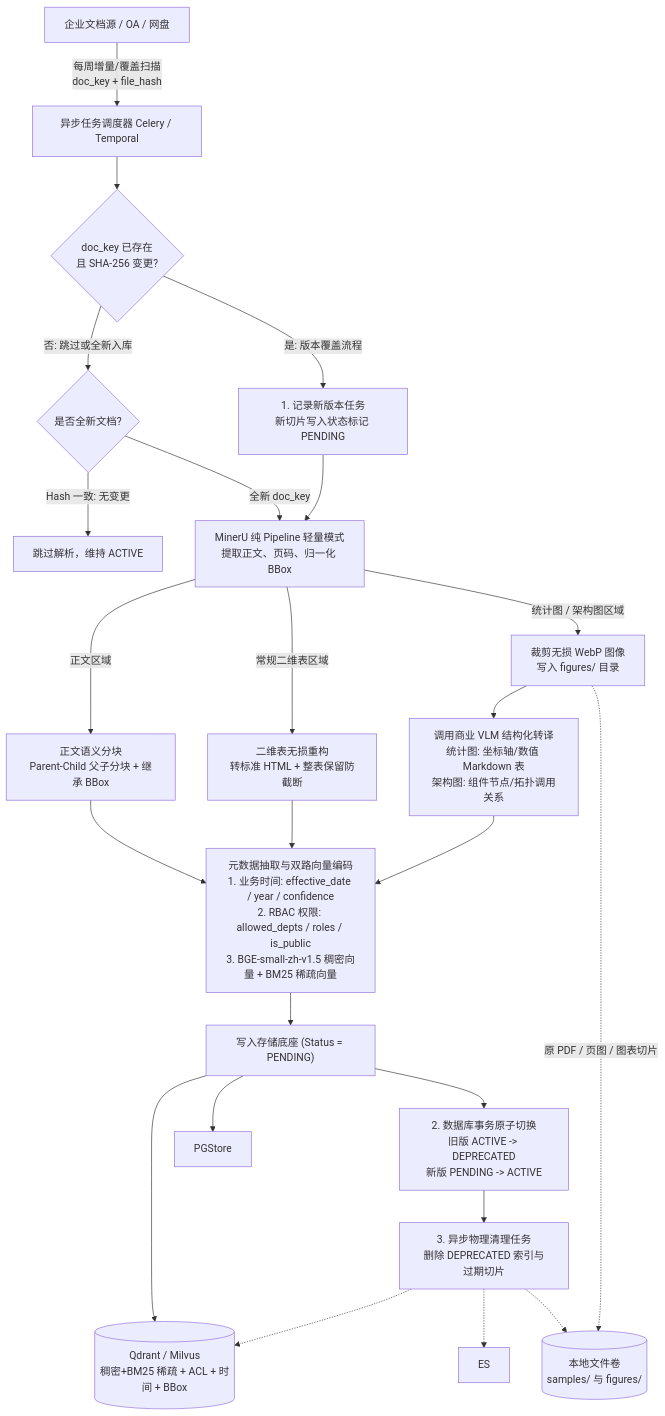
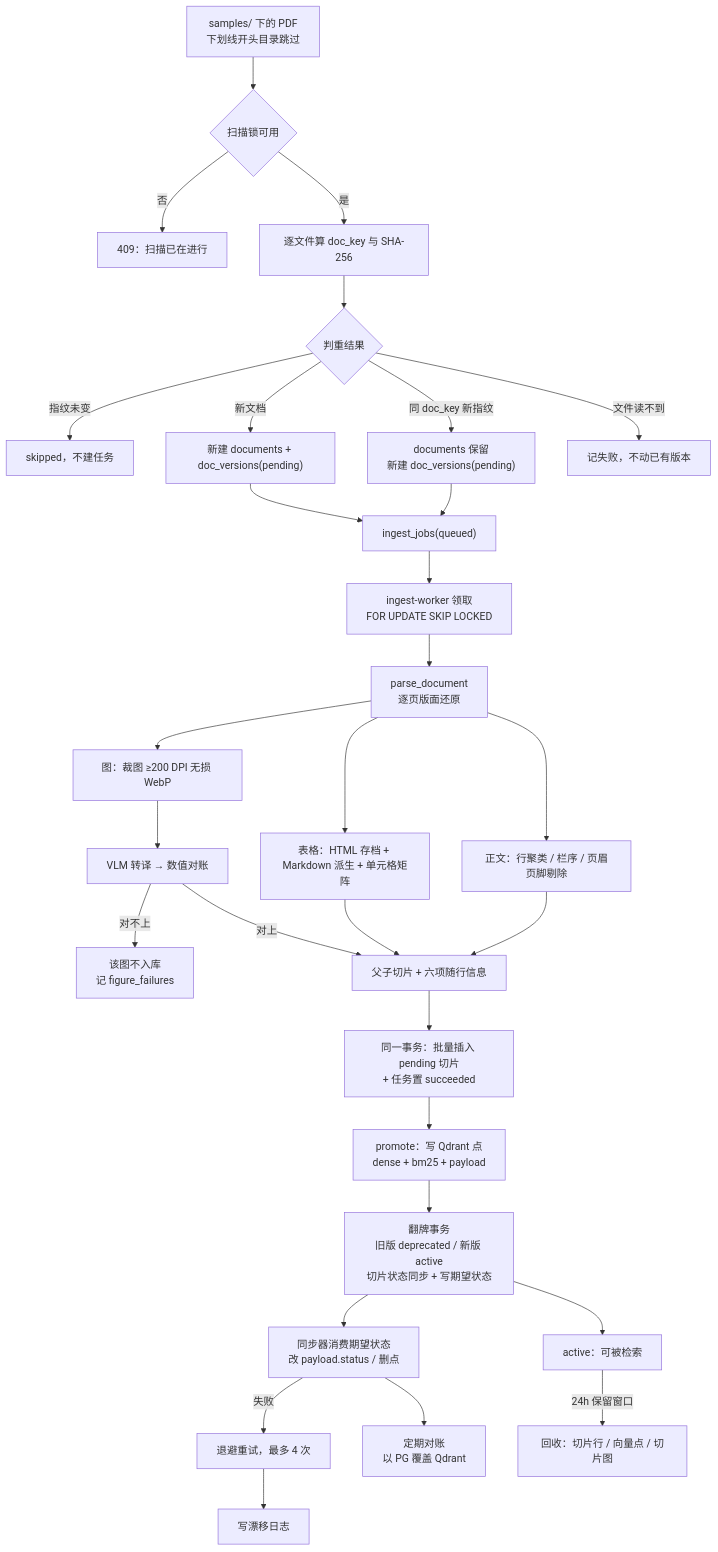
One commit to kvchen95/ai-rag changed the second of 8 diagrams in 架构图集.md. Above: the diagram before and after it, drawn with Mermaid. The commit also changed other lines of this file and 4 other files, not shown here.

First line of the commit message:
docs: 按当前实现重写架构图集、概要设计与详细设计

````diff
--- a/架构图集.md
+++ b/架构图集.md
@@ -102,34 +130,33 @@
 ```mermaid
 flowchart TD
-    Source["企业文档源 / OA / 网盘"] -->|"每周增量/覆盖扫描<br/>doc_key + file_hash"| Scheduler["异步任务调度器 Celery / Temporal"]
+    A["samples/ 下的 PDF<br/>下划线开头目录跳过"] --> B{"扫描锁可用"}
+    B -->|"否"| B409["409：扫描已在进行"]
+    B -->|"是"| C["逐文件算 doc_key 与 SHA-256"]
+    C --> D{"判重结果"}
+    D -->|"指纹未变"| SKIP["skipped，不建任务"]
+    D -->|"同 doc_key 新指纹"| NEWV["documents 保留<br/>新建 doc_versions(pending)"]
+    D -->|"新文档"| NEWD["新建 documents + doc_versions(pending)"]
+    D -->|"文件读不到"| FAIL["记失败，不动已有版本"]
 
-    Scheduler --> CheckHash{"doc_key 已存在<br/>且 SHA-256 变更?"}
-
-    CheckHash -->|"否: 跳过或全新入库"| CheckNew{"是否全新文档?"}
-    CheckNew -->|"Hash 一致: 无变更"| Skip["跳过解析，维持 ACTIVE"]
-    CheckNew -->|"全新 doc_key"| MinerU
-
-    CheckHash -->|"是: 版本覆盖流程"| VersionFlag["1. 记录新版本任务<br/>新切片写入状态标记 PENDING"]
-    VersionFlag --> MinerU["MinerU 纯 Pipeline 轻量模式<br/>提取正文、页码、归一化 BBox"]
-
-    MinerU -->|"正文区域"| TextSplit["正文语义分块<br/>Parent-Child 父子分块 + 继承 BBox"]
-    MinerU -->|"常规二维表区域"| TableParse["二维表无损重构<br/>转标准 HTML + 整表保留防截断"]
-    MinerU -->|"统计图 / 架构图区域"| CropImg["裁剪无损 WebP 图像<br/>写入 figures/ 目录"]
-
-    CropImg --> VLM["调用商业 VLM 结构化转译<br/>统计图: 坐标轴/数值 Markdown 表<br/>架构图: 组件节点/拓扑调用关系"]
-
-    TextSplit --> MetaExtract["元数据抽取与双路向量编码<br/>1. 业务时间: effective_date / year / confidence<br/>2. RBAC 权限: allowed_depts / roles / is_public<br/>3. BGE-small-zh-v1.5 稠密向量 + BM25 稀疏向量"]
-    TableParse --> MetaExtract
-    VLM --> MetaExtract
-
-    MetaExtract --> WritePending["写入存储底座 (Status = PENDING)"]
-    WritePending --> Qdrant[("Qdrant / Milvus<br/>稠密+BM25 稀疏 + ACL + 时间 + BBox")]
-    WritePending --> PGStore
-    CropImg -.->|"原 PDF / 页图 / 图表切片"| FS[("本地文件卷<br/>samples/ 与 figures/")]
-
-    WritePending --> AtomicTx["2. 数据库事务原子切换<br/>旧版 ACTIVE -> DEPRECATED<br/>新版 PENDING -> ACTIVE"]
-    AtomicTx --> AsyncGC["3. 异步物理清理任务<br/>删除 DEPRECATED 索引与过期切片"]
-    AsyncGC -.-> Qdrant
-    AsyncGC -.-> ES
-    AsyncGC -.-> FS
+    NEWV --> J["ingest_jobs(queued)"]
+    NEWD --> J
+    J --> CLAIM["ingest-worker 领取<br/>FOR UPDATE SKIP LOCKED"]
+    CLAIM --> P["parse_document<br/>逐页版面还原"]
+    P --> P1["正文：行聚类 / 栏序 / 页眉页脚剔除"]
+    P --> P2["表格：HTML 存档 + Markdown 派生 + 单元格矩阵"]
+    P --> P3["图：裁图 ≥200 DPI 无损 WebP"]
+    P3 --> VLM["VLM 转译 → 数值对账"]
+    VLM -->|"对不上"| REJ["该图不入库<br/>记 figure_failures"]
+    P1 --> CK["父子切片 + 六项随行信息"]
+    P2 --> CK
+    VLM -->|"对上"| CK
+    CK --> W["同一事务：批量插入 pending 切片<br/>+ 任务置 succeeded"]
+    W --> IDX["promote：写 Qdrant 点<br/>dense + bm25 + payload"]
+    IDX --> FLIP["翻牌事务<br/>旧版 deprecated / 新版 active<br/>切片状态同步 + 写期望状态"]
+    FLIP --> SYNC["同步器消费期望状态<br/>改 payload.status / 删点"]
+    SYNC -->|"失败"| RETRY["退避重试，最多 4 次"]
+    RETRY --> DRIFT["写漂移日志"]
+    SYNC --> REC["定期对账<br/>以 PG 覆盖 Qdrant"]
+    FLIP --> ACTIVE["active：可被检索"]
+    ACTIVE -->|"24h 保留窗口"| RECLAIM["回收：切片行 / 向量点 / 切片图"]
 ```
````
